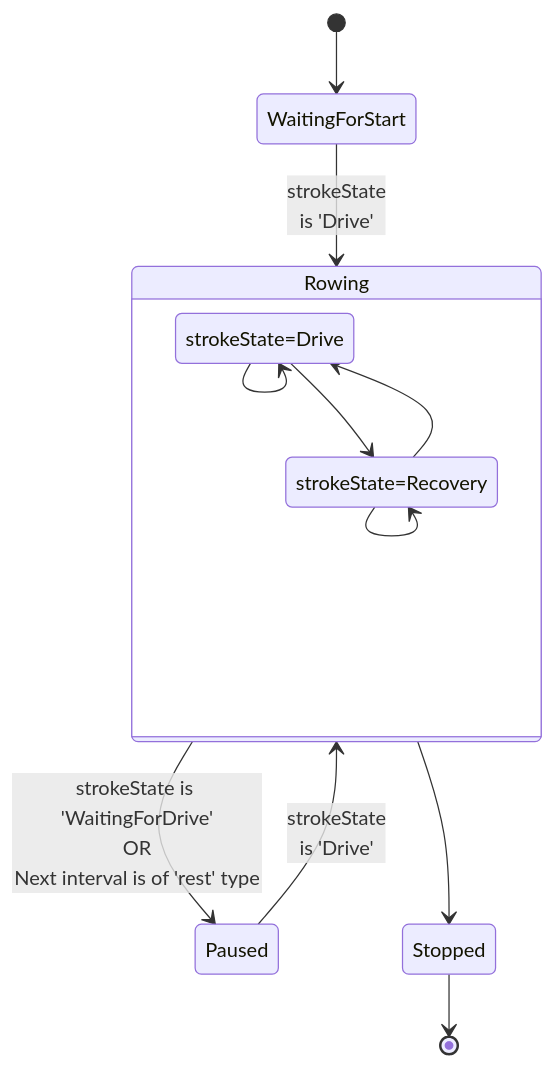
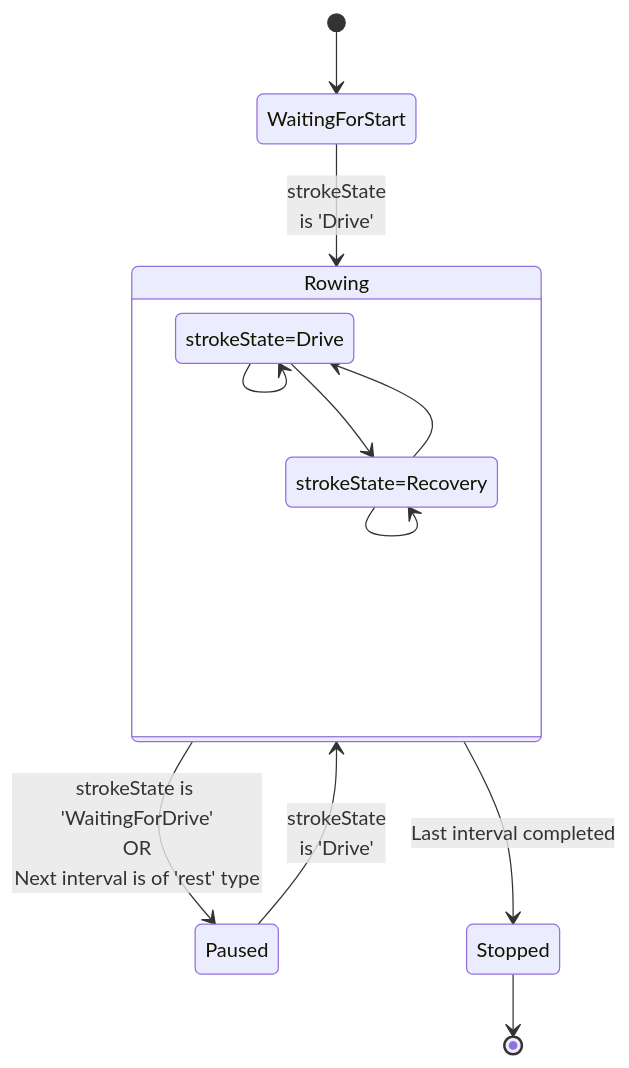
The fifth of 6 diagrams in docs/Architecture.md (JaapvanEkris/openrowingmonitor), drawn with Mermaid before and after one commit.

````diff
--- a/docs/Architecture.md
+++ b/docs/Architecture.md
@@ -209,15 +209,15 @@
 ```mermaid
 stateDiagram-v2
     [*] --> WaitingForStart
     WaitingForStart --> Rowing: strokeState<br>is 'Drive'
     state Rowing {
         strokeState=Drive --> strokeState=Recovery
         strokeState=Drive --> strokeState=Drive
         strokeState=Recovery --> strokeState=Drive
         strokeState=Recovery --> strokeState=Recovery
     }
     Rowing --> Paused: strokeState is 'WaitingForDrive'<br>OR<br>Next interval is of 'rest' type
     Paused --> Rowing: strokeState<br>is 'Drive'
-    Rowing --> Stopped
+    Rowing --> Stopped: Last interval completed
     Stopped --> [*]
 ```
````
